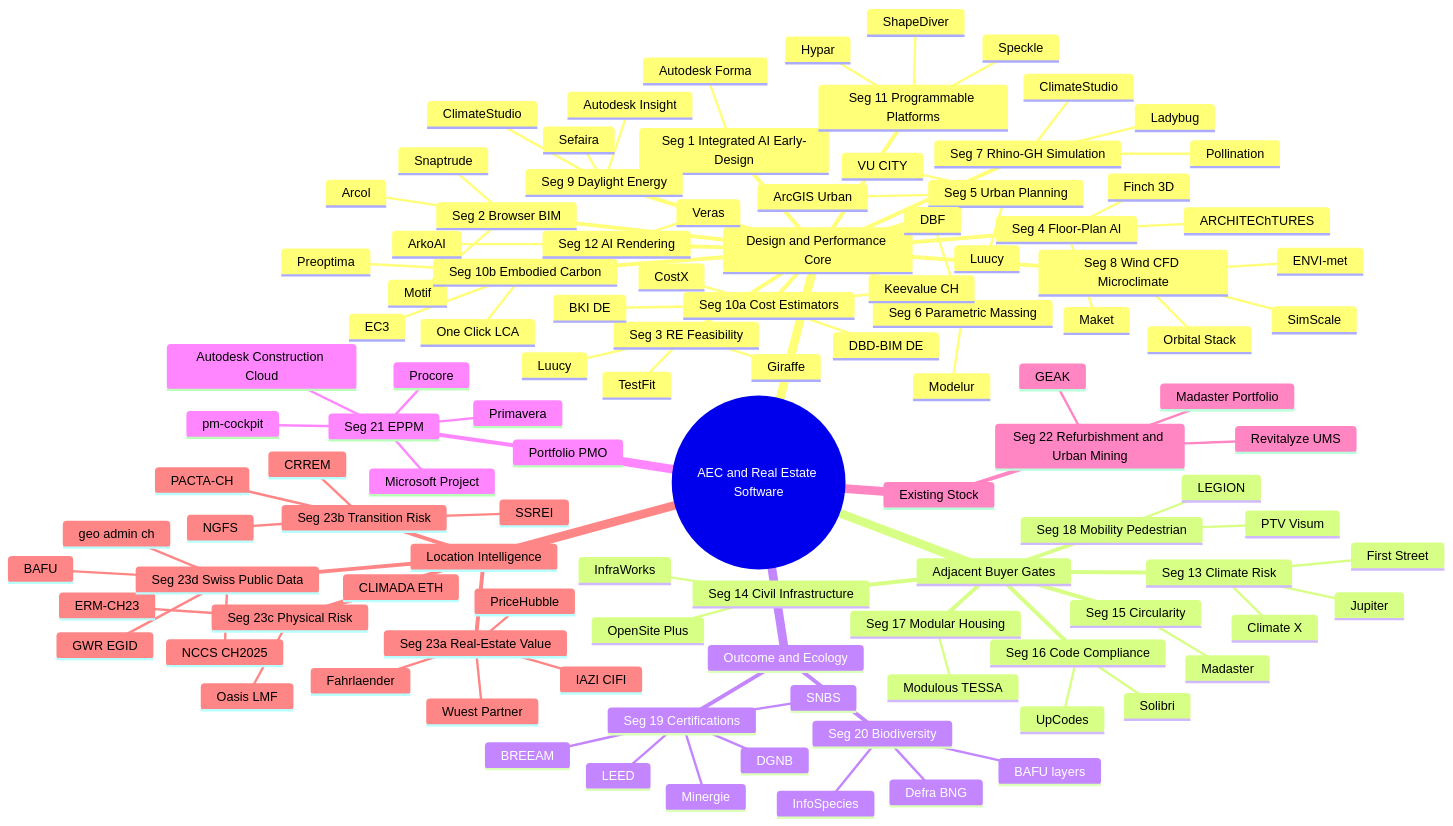
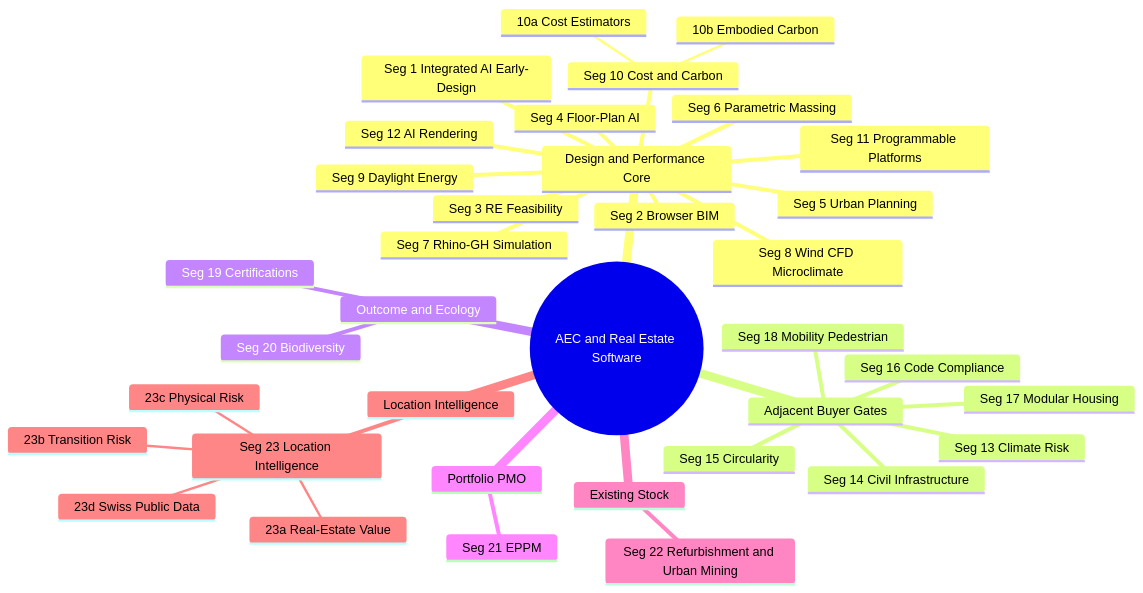
Before and after one commit to bbl-dres/ppm-cockpit: the diagram in docs/MARKETSCREEN.md, drawn with Mermaid.

````diff
--- a/docs/MARKETSCREEN.md
+++ b/docs/MARKETSCREEN.md
@@ -11,113 +11,37 @@
   root((AEC and Real Estate Software))
     Design and Performance Core
       Seg 1 Integrated AI Early-Design
-        Autodesk Forma
       Seg 2 Browser BIM
-        Snaptrude
-        Arcol
-        Motif
       Seg 3 RE Feasibility
-        TestFit
-        Giraffe
-        Luucy
       Seg 4 Floor-Plan AI
-        Finch 3D
-        ARCHITEChTURES
-        Maket
       Seg 5 Urban Planning
-        ArcGIS Urban
-        VU CITY
-        Luucy
       Seg 6 Parametric Massing
-        Modelur
-        DBF
       Seg 7 Rhino-GH Simulation
-        Ladybug
-        Pollination
-        ClimateStudio
       Seg 8 Wind CFD Microclimate
-        Orbital Stack
-        SimScale
-        ENVI-met
       Seg 9 Daylight Energy
-        ClimateStudio
-        Sefaira
-        Autodesk Insight
-      Seg 10a Cost Estimators
-        Keevalue CH
-        BKI DE
-        DBD-BIM DE
-        CostX
-      Seg 10b Embodied Carbon
-        One Click LCA
-        Preoptima
-        EC3
+      Seg 10 Cost and Carbon
+        10a Cost Estimators
+        10b Embodied Carbon
       Seg 11 Programmable Platforms
-        Hypar
-        Speckle
-        ShapeDiver
       Seg 12 AI Rendering
-        Veras
-        ArkoAI
     Adjacent Buyer Gates
       Seg 13 Climate Risk
-        Climate X
-        Jupiter
-        First Street
       Seg 14 Civil Infrastructure
-        InfraWorks
-        OpenSite Plus
       Seg 15 Circularity
-        Madaster
       Seg 16 Code Compliance
-        Solibri
-        UpCodes
       Seg 17 Modular Housing
-        Modulous TESSA
       Seg 18 Mobility Pedestrian
-        PTV Visum
-        LEGION
     Outcome and Ecology
       Seg 19 Certifications
-        SNBS
-        Minergie
-        DGNB
-        LEED
-        BREEAM
       Seg 20 Biodiversity
-        Defra BNG
-        InfoSpecies
-        BAFU layers
     Portfolio PMO
       Seg 21 EPPM
-        Primavera
-        Microsoft Project
-        Procore
-        Autodesk Construction Cloud
-        pm-cockpit
     Existing Stock
       Seg 22 Refurbishment and Urban Mining
-        Madaster Portfolio
-        GEAK
-        Revitalyze UMS
     Location Intelligence
-      Seg 23a Real-Estate Value
-        Wuest Partner
-        IAZI CIFI
-        PriceHubble
-        Fahrlaender
-      Seg 23b Transition Risk
-        CRREM
-        PACTA-CH
-        NGFS
-        SSREI
-      Seg 23c Physical Risk
-        CLIMADA ETH
-        ERM-CH23
-        Oasis LMF
-      Seg 23d Swiss Public Data
-        geo admin ch
-        NCCS CH2025
-        BAFU
-        GWR EGID
+      Seg 23 Location Intelligence
+        23a Real-Estate Value
+        23b Transition Risk
+        23c Physical Risk
+        23d Swiss Public Data
 ```
````
